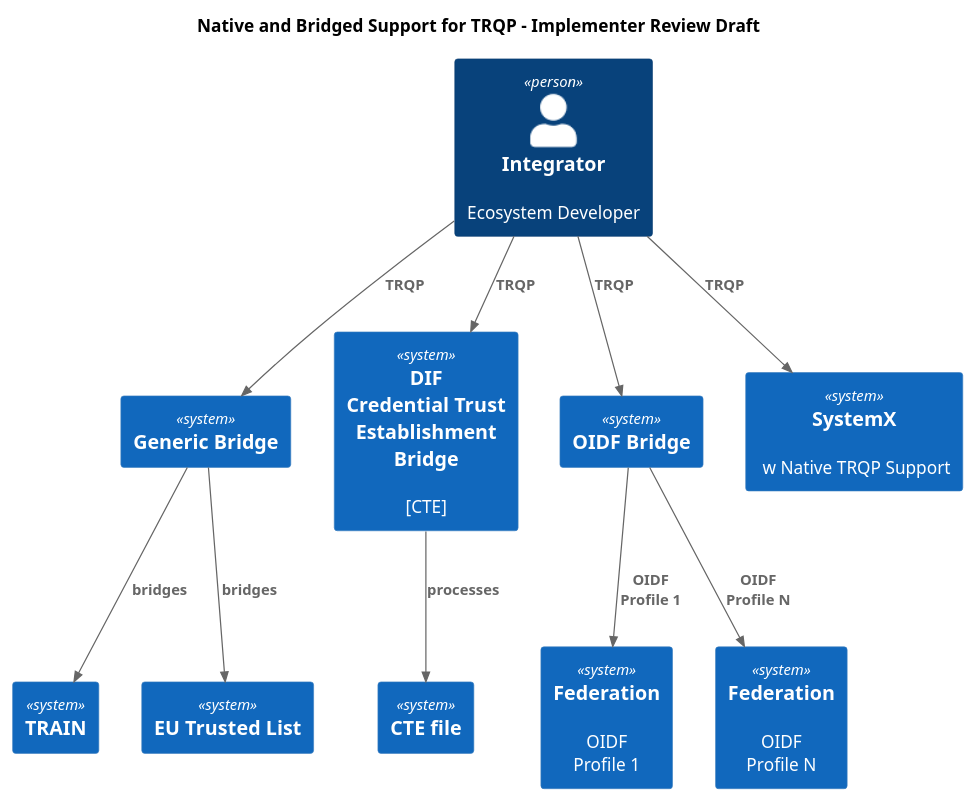
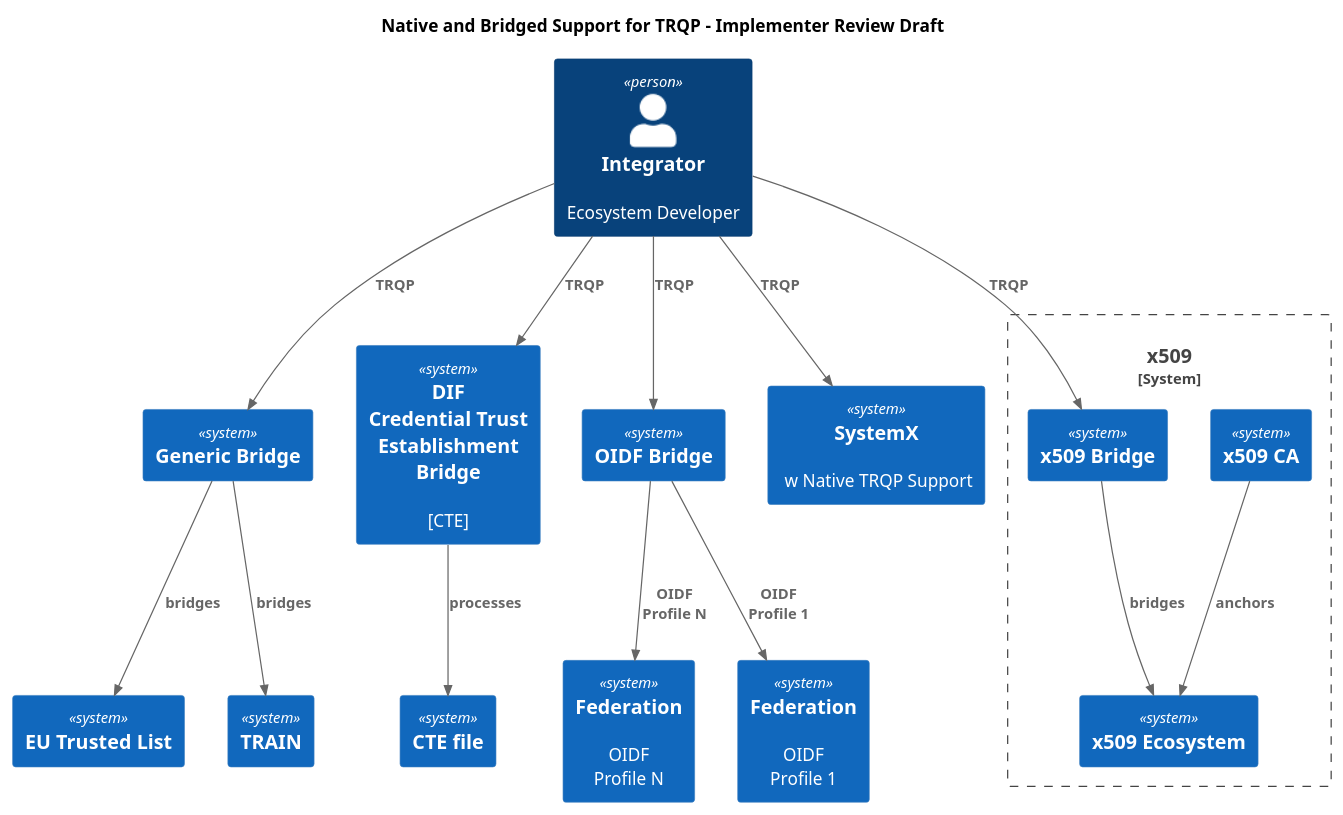
Before and after one commit to trustoverip/tswg-trust-registry-protocol: the diagram in diagrams/protocol-bridging.plantuml, drawn with PlantUML. The commit also changed 1 other file, not shown here.

Commit message:
added x509 to bridging pattern diagram

```diff
--- a/diagrams/protocol-bridging.plantuml
+++ b/diagrams/protocol-bridging.plantuml
@@ -1,50 +1,59 @@
 @startuml
-!include https://raw.githubusercontent.com/plantuml-stdlib/C4-PlantUML/master/C4_Context.puml
+!include https://raw.githubusercontent.com/plantuml-stdlib/C4-PlantUML/master/C4_Container.puml
 ' uncomment the following line and comment the first to use locally
 ' !include C4_Context.puml
 
 
 title Native and Bridged Support for TRQP - Implementer Review Draft
 
 Person(Integrator, "Integrator", "Ecosystem Developer")
 
 System(Bridge, "Generic Bridge")
 System(teBridge, "DIF \n Credential Trust Establishment \nBridge","[CTE]")
 
 System(oidcBridge, "OIDF Bridge")
 System(oidfData,"Federation","OIDF\nProfile 1")
 System(oidfDataN,"Federation","OIDF\nProfile N")
 Rel(Integrator, oidcBridge,"TRQP")
 Rel(oidcBridge,oidfData,"OIDF\nProfile 1")
 Rel(oidcBridge,oidfDataN,"OIDF\nProfile N")
 
 System(TRAIN, "TRAIN") 
 Rel(Bridge, TRAIN,"bridges")
+
+System_Boundary(x509system,"x509"){
+  System(x509,"x509 Ecosystem")
+  System(x509CA,"x509 CA")
+  System(x509bridge, "x509 Bridge")
+  Rel(Integrator,x509bridge,"TRQP")
+  Rel(x509bridge,x509,"bridges")
+  Rel(x509CA, x509,"anchors")
+}
 
 
 
 System(EUTrustedList, "EU Trusted List")
 System(NativeSupport, "SystemX"," w Native TRQP Support")
 
 
 
 System(teFile, "CTE file")
 
 Rel(teBridge, teFile,"processes")
 
 Rel(Integrator, Bridge, "TRQP")
 Rel(Integrator, teBridge, "TRQP")
 
 
 Rel(Bridge, EUTrustedList, "bridges")
 
 
 ' System(OpenDataBridge, "OpenData Bridge")
 ' Rel(Integrator, OpenDataBridge,"TRQP")
 ' Rel(OpenDataBridge,NativeSupport,"ODPS")
 
 Rel(Integrator, NativeSupport,"TRQP")
 
 
 
 @enduml 
```
